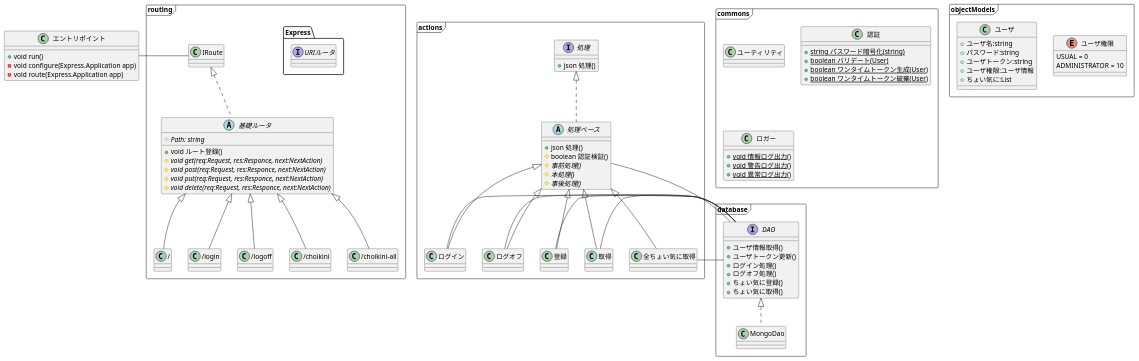
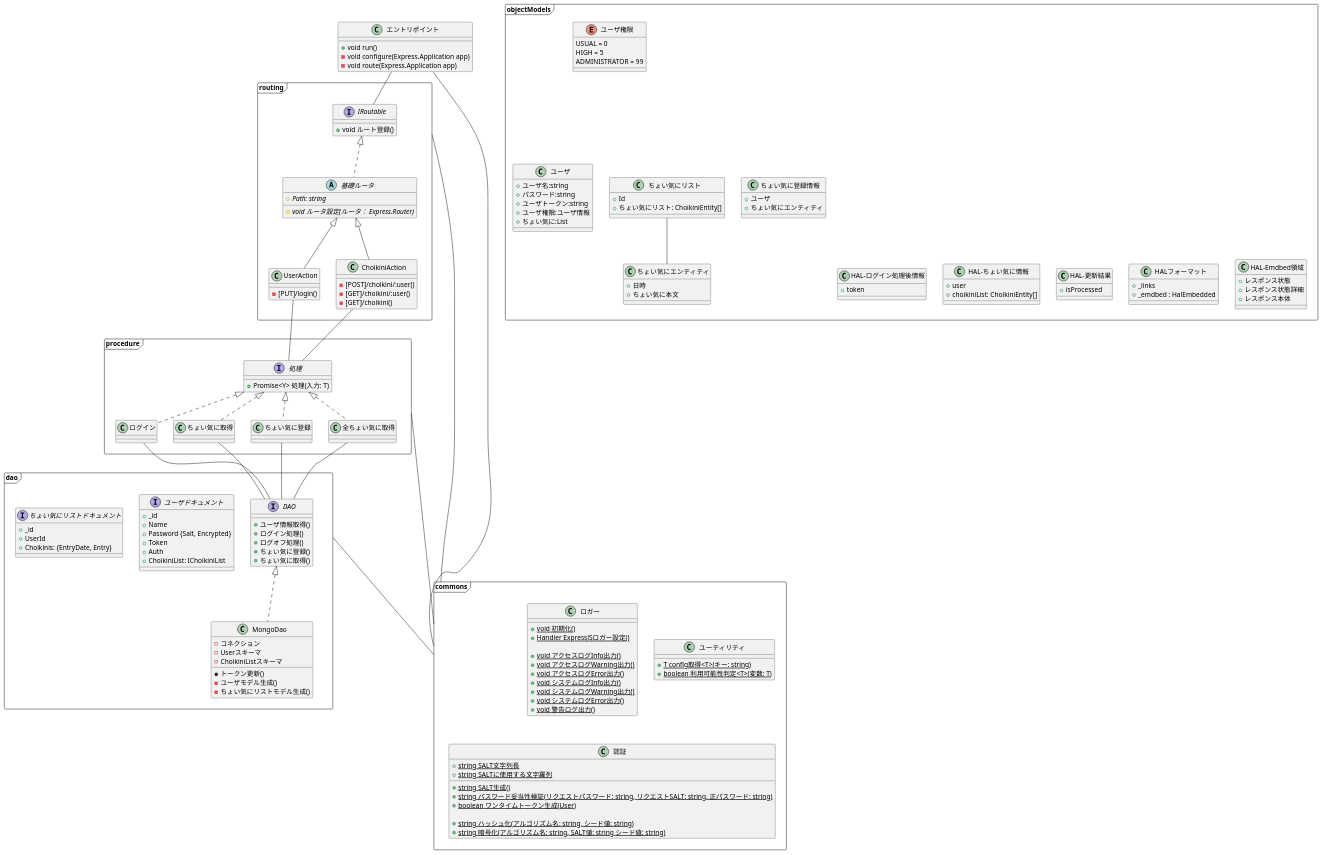
The diagram in design/02-design/02-01_CL_classdiagram.puml (filunK/choikini), drawn with PlantUML before and after one commit. The commit also changed 7 other files, not shown here.

```diff
--- a/design/02-design/02-01_CL_classdiagram.puml
+++ b/design/02-design/02-01_CL_classdiagram.puml
@@ -1,25 +1,41 @@
-@startuml
+@startuml 全体クラス図
 
-    
+    routing -- commons
+    procedure -- commons
+    dao -- commons
+    Application -- commons
     package commons <<Frame>> {
+        class Logger as "ロガー" {
+            +{static} void 初期化()
+            +{static} Handler ExpressJSロガー設定()
+            
+            +{static} void アクセスログInfo出力()
+            +{static} void アクセスログWarning出力()
+            +{static} void アクセスログError出力()
+            +{static} void システムログInfo出力()
+            +{static} void システムログWarning出力()
+            +{static} void システムログError出力()
+            +{static} void 警告ログ出力()
+            
+        }
+        
         class ユーティリティ {
+            +{static} T config取得<T>(キー: string)
+            +{static} boolean 利用可能性判定<T>(変数: T)
 
         }
 
         class 認証 {
-            +{static} string パスワード暗号化(string)
-            +{static} boolean バリデート(User)
+            +{static} string SALT文字列長
+            +{static} string SALTに使用する文字羅列
+            +{static} string SALT生成()
+            +{static} string パスワード妥当性検証(リクエストパスワード: string, リクエストSALT: string, 正パスワード: string)
             +{static} boolean ワンタイムトークン生成(User)
-            +{static} boolean ワンタイムトークン破棄(User)
+
+            +{static} string ハッシュ化(アルゴリズム名: string, シード値: string)
+            +{static} string 暗号化(アルゴリズム名: string, SALT値: string シード値: string)
         }
 
-        class Logger as "ロガー" {
-            +{static} void 情報ログ出力()
-            +{static} void 警告ログ出力()
-            +{static} void 異常ログ出力()
-            
-        }
-        
     }
     
     
@@ -31,92 +47,68 @@
 
     package routing <<Frame>> {
 
-        Application - IRoute
-        interface Express.IRoute as "URIルータ" {
+        Application -- IRoutable
+        interface IRoutable {
+            +void ルート登録()
+
         }
 
-        IRoute <|.. RouteBase
+        IRoutable <|.. RouteBase
         abstract class RouteBase as "基礎ルータ" {
             #{abstract}Path: string
-            +void ルート登録()
-            #{abstract}void get(req:Request, res:Responce, next:NextAction)
-            #{abstract}void post(req:Request, res:Responce, next:NextAction)
-            #{abstract}void put(req:Request, res:Responce, next:NextAction)
-            #{abstract}void delete(req:Request, res:Responce, next:NextAction)
+            #{abstract}void ルータ設定(ルータ： Express.Router)
         }
 
-        RouteBase <|-- Index
-        class Index as "/" {
+        RouteBase <|-- UserAction
+        class UserAction {
+            -[PUT]/login()
         }
 
-        RouteBase <|-- Login
-        class Login as "/login" {
+        RouteBase <|-- ChoikiniAction
+        class ChoikiniAction {
+            -[POST]/choikini/:user()
+            -[GET]/choikini/:user()
+            -[GET]/choikini()
+        }
+        
+    }
+    
+    package procedure <<Frame>> {
+
+        UserAction -- IProcedure
+        ChoikiniAction -- IProcedure
+        interface IProcedure as "処理" {
+            +Promise<Y> 処理(入力: T)
         }
 
-        RouteBase <|-- Logoff
-        class Logoff as "/logoff" {
+        IProcedure <|.. LoginProcedure
+        class LoginProcedure as "ログイン" {
+        }
+        
+        IProcedure <|.. GetChoikiniProcedure
+        class GetChoikiniProcedure as "ちょい気に取得" {
         }
 
-        RouteBase <|-- Choikini
-        class Choikini as "/choikini" {
-        }
-        
-        RouteBase <|-- ChoikiniAll
-        class ChoikiniAll as "/choikini-all" {
+        IProcedure <|.. RegistChoikiniProcedure
+        class RegistChoikiniProcedure as "ちょい気に登録" {
         }
 
-    }
-    
-    
-    package actions <<Frame>> {
-        interface IActionable as "処理" {
-            +json 処理()
-        }
-
-        IActionable <|.. ActionBase
-        abstract class ActionBase as "処理ベース" {
-            +json 処理()
-            #boolean 認証検証()
-            #{abstract} 事前処理()
-            #{abstract} 本処理()
-            #{abstract} 事後処理()
-        }
-        
-        ActionBase <|-- LoginAction
-        class LoginAction as "ログイン" {
-        }
-        
-        ActionBase <|-- LogoffAction
-        class LogoffAction as "ログオフ" {
-        }
-
-        ActionBase <|-- RegistAction
-        class RegistAction as "登録" {
-        }
-
-        ActionBase <|-- SelectAction
-        class SelectAction as "取得" {
-        }
-
-        ActionBase <|-- SelectAllAction
-        class SelectAllAction as "全ちょい気に取得" {
+        IProcedure <|.. GetChoikiniAllProcedure
+        class GetChoikiniAllProcedure as "全ちょい気に取得" {
         }
 
     }
     
     
     
-    package database <<Frame>> {
+    package dao <<Frame>> {
 
-        ActionBase - Dao
-        LoginAction - Dao
-        LogoffAction - Dao
-        RegistAction - Dao
-        SelectAction - Dao
-        SelectAllAction - Dao
+        LoginProcedure -- Dao
+        GetChoikiniProcedure -- Dao
+        RegistChoikiniProcedure -- Dao
+        GetChoikiniAllProcedure -- Dao
         interface Dao as "DAO" {
             +ユーザ情報取得()
-            +ユーザトークン更新()
             +ログイン処理()
             +ログオフ処理()
             +ちょい気に登録()
@@ -124,27 +116,95 @@
             
         }
 
+        interface IUser as "ユーザドキュメント" {
+            + _id
+            + Name
+            + Password {Salt, Encrypted}
+            + Token
+            + Auth
+            + ChoikiniList: IChoikiniList
+        }
+
+        interface IChoikiniList as "ちょい気にリストドキュメント" {
+            + _id
+            + UserId
+            + Choikinis: {EntryDate, Entry}
+        }
+
         Dao <|.. MongoDao
         class MongoDao {
+            - コネクション
+            - Userスキーマ
+            - ChoikiniListスキーマ
+            * トークン更新()
+            - ユーザモデル生成()
+            - ちょい気にリストモデル生成()
         }
 
     }
     
-    
     package objectModels <<Frame>> {
         enum userAuthType as "ユーザ権限" {
             USUAL = 0
-            ADMINISTRATOR = 10
+            HIGH = 5
+            ADMINISTRATOR = 99
         }
-    
-        class User as "ユーザ" {
-            +ユーザ名:string
-            +パスワード:string
-            +ユーザトークン:string
-            +ユーザ権限:ユーザ情報
-            +ちょい気に:List
+
+        userAuthType -[hidden]down-- User
+        together {
+            class User as "ユーザ" {
+                + ユーザ名:string
+                + パスワード:string
+                + ユーザトークン:string
+                + ユーザ権限:ユーザ情報
+                + ちょい気に:List
+            }
+
+            userAuthType -[hidden]--> ChoikiniList
+            class ChoikiniList as "ちょい気にリスト" {
+                + Id
+                + ちょい気にリスト: ChoikiniEntity[]
+            }
+
+            ChoikiniList -- ChoikiniEntity
+            class ChoikiniEntity as "ちょい気にエンティティ" {
+                + 日時
+                + ちょい気に本文
+            }
+
+            class ChoikiniRegistInfo as "ちょい気に登録情報" {
+                + ユーザ
+                + ちょい気にエンティティ
+            }
+
         }
- 
+
+        together {
+            class Hal as "HALフォーマット" {
+                + _links
+                + _emdbed : HalEmbedded
+            }
+
+            class HalEmbedded as "HAL-Emdbed領域" {
+                + レスポンス状態
+                + レスポンス状態詳細
+                + レスポンス本体
+            }
+
+            class LoginJSON as "HAL-ログイン処理後情報" {
+                + token
+            }
+
+            class ChoikiniJSON as "HAL-ちょい気に情報" {
+                + user
+                + choikiniList: ChoikiniEntity[]
+            }
+
+            class UpsertResultJSON as "HAL-更新結果" {
+                + isProcessed
+            }
+
+        }
     }
 
 
```
